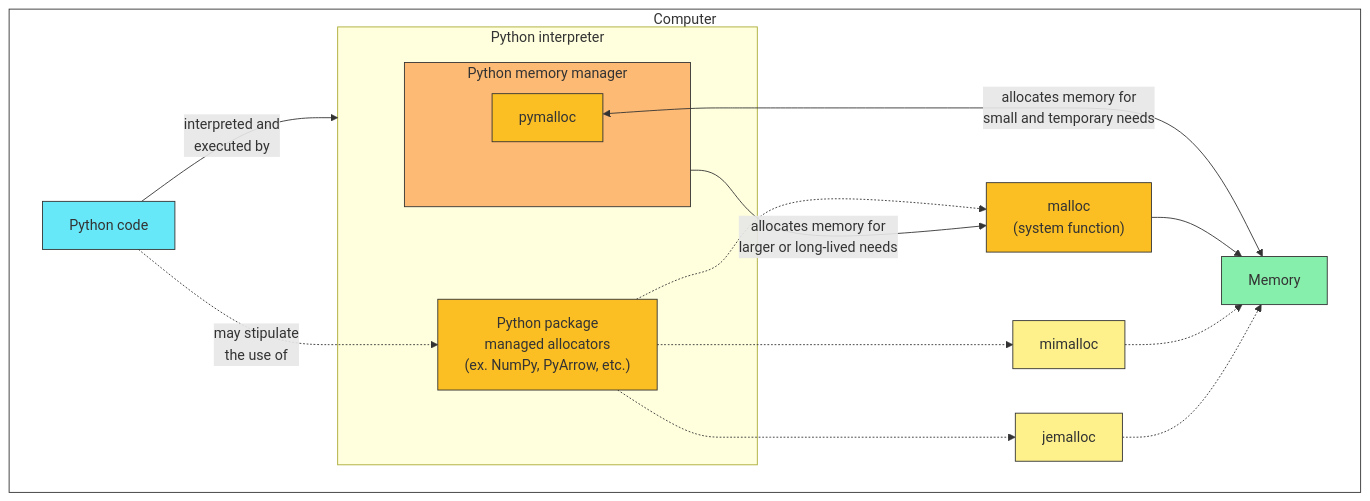
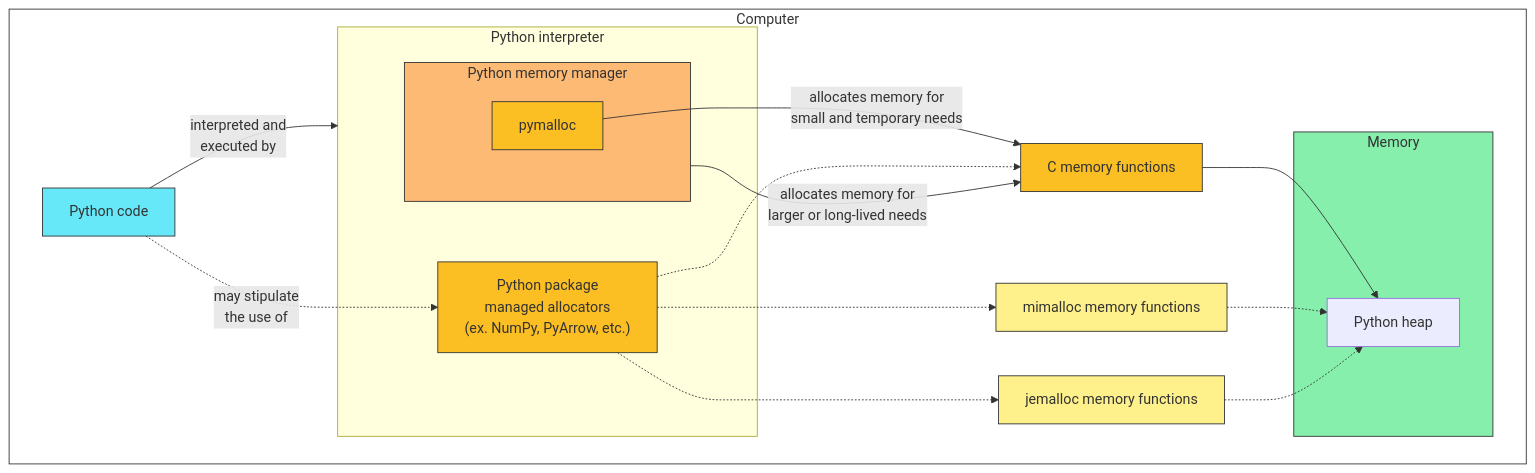
One commit to CU-DBMI/demo-python-memory-reference-accounting changed the tenth of 11 diagrams in README.md. Above: the diagram before and after it, drawn with Mermaid. The commit also changed other lines of this file, not shown here.

````diff
--- a/README.md
+++ b/README.md
@@ -334,42 +347,44 @@
 ```mermaid
 flowchart LR
 
 subgraph computer ["Computer"]
   direction LR
-  memory["Memory"]
+  subgraph memory["Memory"]
+    pyheap["Python heap"]
+  end
   code["Python code"]
-  malloc["malloc\n(system function)"]
+  malloc["C memory functions"]
   subgraph interpreter ["Python interpreter"]
     subgraph spacer [" "]
         subgraph mgr ["Python memory manager"]
             pymalloc["pymalloc"]
         end
     end
     package_managed["Python package\nmanaged allocators\n(ex. NumPy, PyArrow, etc.)"]
   end
-  mimalloc["mimalloc"]
-  jemalloc["jemalloc"]
+  mimalloc["mimalloc memory functions"]
+  jemalloc["jemalloc memory functions"]
 end
 
 code --> |interpreted and\nexecuted by| interpreter
-pymalloc <--> |"allocates memory for\nsmall and temporary needs"| memory
+pymalloc --> |"allocates memory for\nsmall and temporary needs"| malloc
 mgr --> |"allocates memory for\nlarger or long-lived needs"| malloc
-malloc --> memory
+malloc --> pyheap
 code -.-> |may stipulate\nthe use of| package_managed
 package_managed -.-> malloc
 package_managed -.-> mimalloc
 package_managed -.-> jemalloc
-mimalloc -.-> memory
-jemalloc -.-> memory
+mimalloc -.-> pyheap
+jemalloc -.-> pyheap
 
 style computer fill:#fff,stroke:#333
 style memory fill:#86EFAC,stroke:#333
 style code fill:#67E8F9,stroke:#333;
 style mgr fill:#FDBA74,stroke:#333;
 style pymalloc fill:#FBBF24,stroke:#333;
 style malloc fill:#FBBF24,stroke:#333;
 style package_managed fill:#FBBF24,stroke:#333;
 style mimalloc fill:#FEF08A,stroke:#333;
 style jemalloc fill:#FEF08A,stroke:#333;
 style spacer stroke:none;
 ```
````
